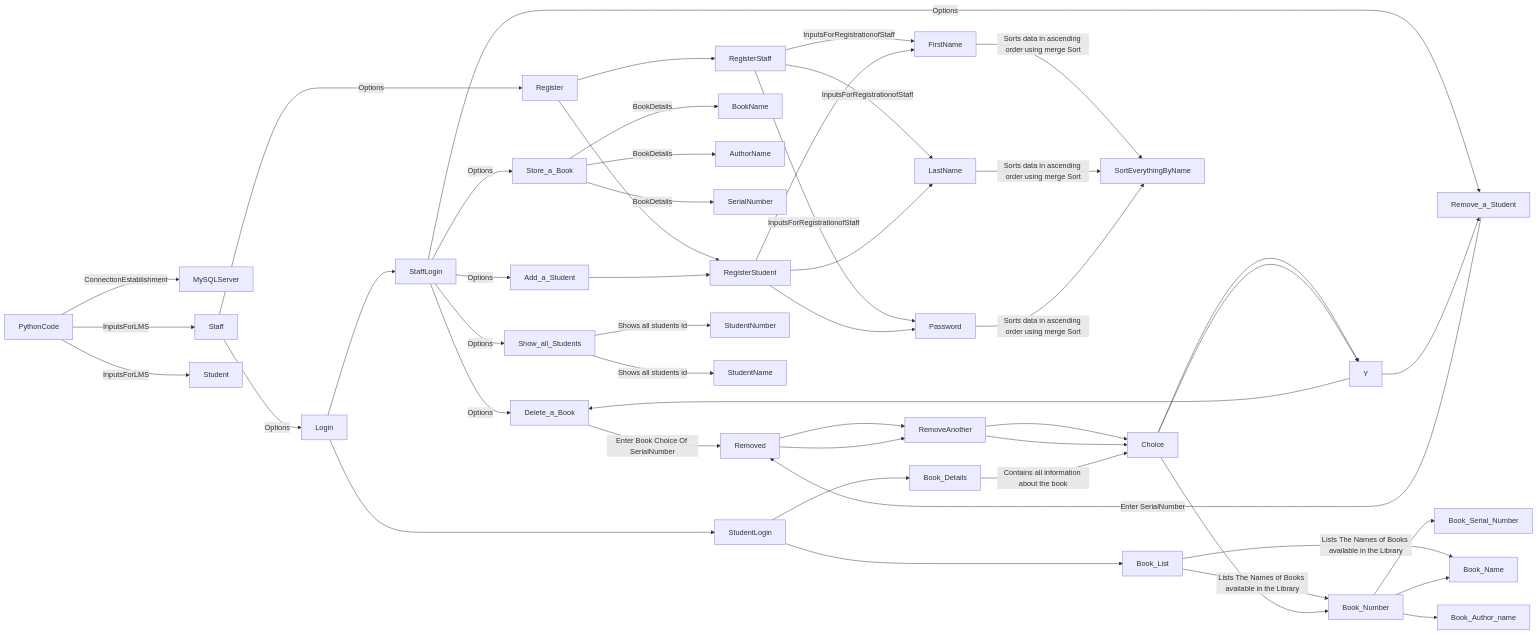
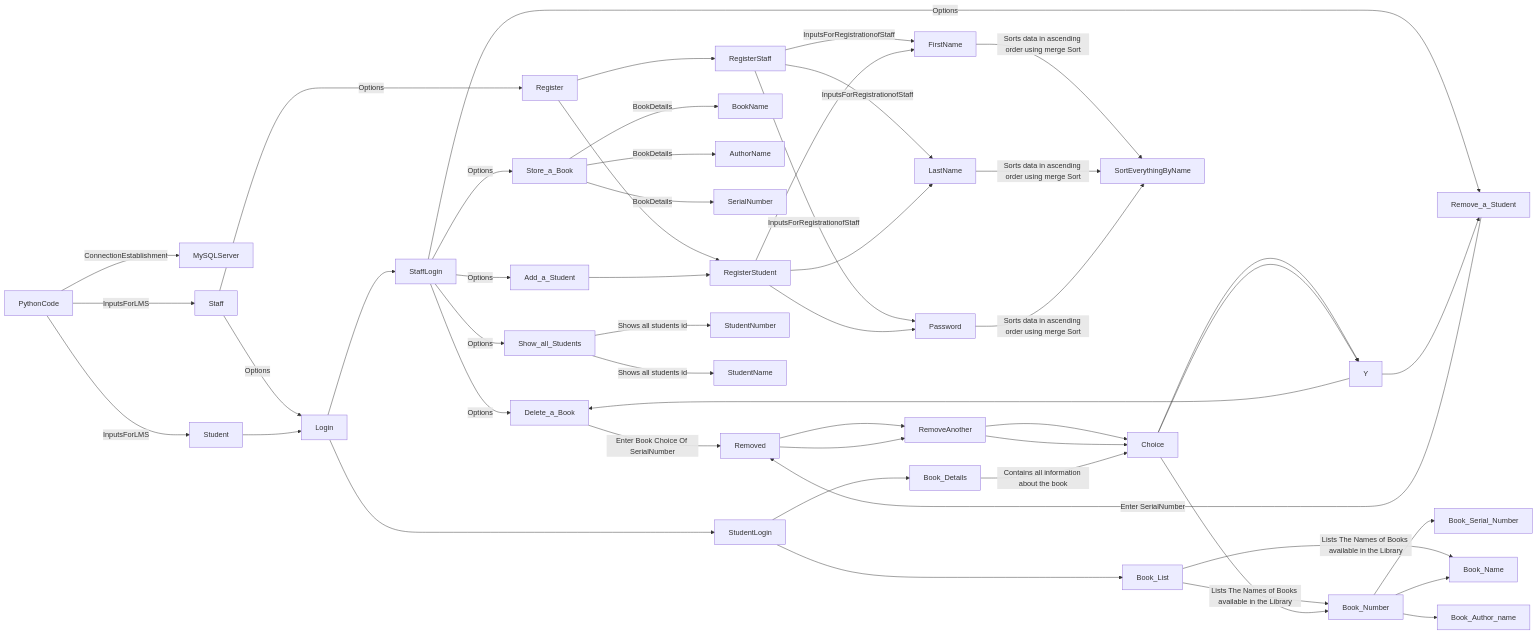
The diagram in README.md (Varun-SV/Library-Management-with-SQl-and-Merge-Sort), drawn with Mermaid before and after one commit. The commit also changed other lines of this file, not shown here.

Commit message:
Some Modification in Flow of Code

````diff
--- a/README.md
+++ b/README.md
@@ -28,17 +27,17 @@
 ```mermaid
 graph LR;
     PythonCode -- ConnectionEstablishment --> MySQLServer
     PythonCode -- InputsForLMS --> Staff & Student
     Staff -- Options --> Register & Login 
     Register -->RegisterStaff -- InputsForRegistrationofStaff --> FirstName & LastName & Password
     Register -->RegisterStudent  
     Login --> StaffLogin -- Options --> Store_a_Book & Delete_a_Book & Add_a_Student & Remove_a_Student & Show_all_Students
     Store_a_Book --BookDetails --> BookName & AuthorName & SerialNumber
     Delete_a_Book -- Enter Book Choice Of SerialNumber --> Removed --> RemoveAnother --> Choice --> Y --> Delete_a_Book
     Add_a_Student --> RegisterStudent --> FirstName & LastName & Password -- Sorts data in ascending order using merge Sort --> SortEverythingByName
     Remove_a_Student -- Enter SerialNumber --> Removed --> RemoveAnother --> Choice --> Y --> Remove_a_Student
     Show_all_Students   -- Shows all students id --> StudentNumber & StudentName
-    Login --> StudentLogin --> Book_List & Book_Details
+    Student --> Login --> StudentLogin --> Book_List & Book_Details
     Book_List -- Lists The Names of Books available in the Library --> Book_Number & Book_Name
     Book_Details -- Contains all information about the book --> Choice --> Book_Number --> Book_Serial_Number & Book_Name & Book_Author_name
 ```
````
